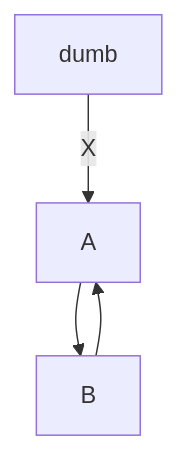
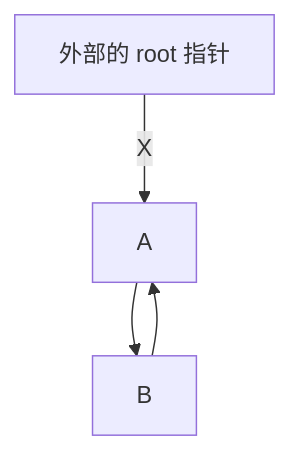
The diagram in 重新认识现代C++/2-对象资源与抽象/2.4-标准库与资源管理.md (Linho1219/LinhoNotes), drawn with Mermaid before and after one commit. The commit also changed other lines of this file and 4 other files, not shown here.

````diff
--- a/重新认识现代C++/2-对象资源与抽象/2.4-标准库与资源管理.md
+++ b/重新认识现代C++/2-对象资源与抽象/2.4-标准库与资源管理.md
@@ -192,6 +191,6 @@
 ```mermaid
 flowchart TD
-    O["dumb"] -- X --> A
+    O["外部的 root 指针"] -- X --> A
     A --> B
     B --> A
 ```
````
